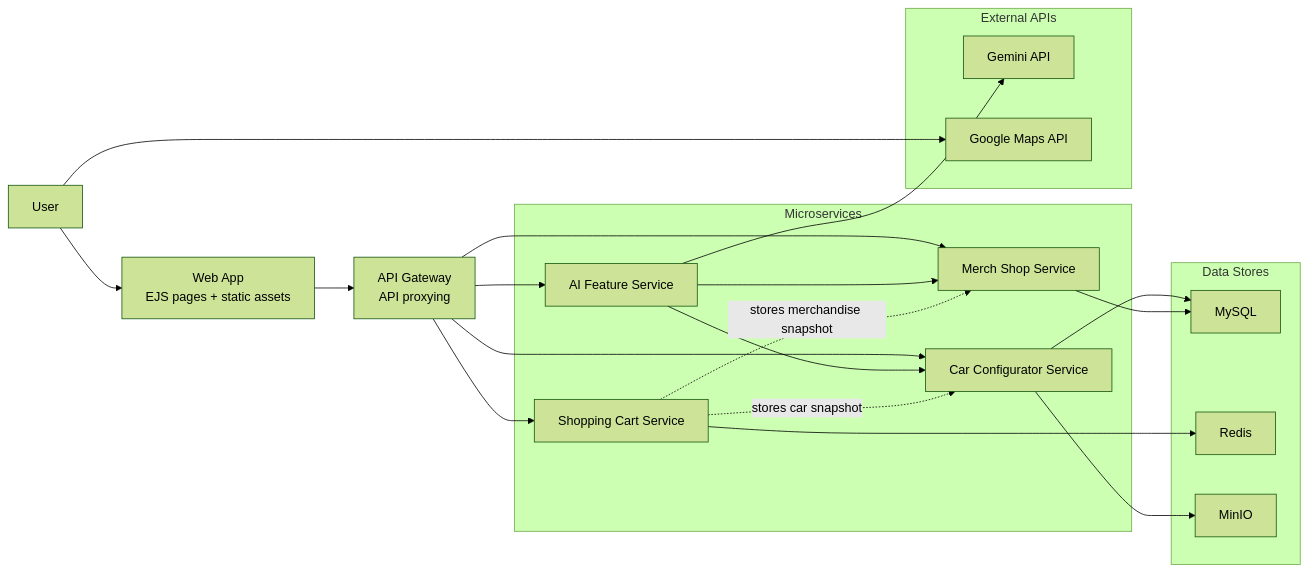
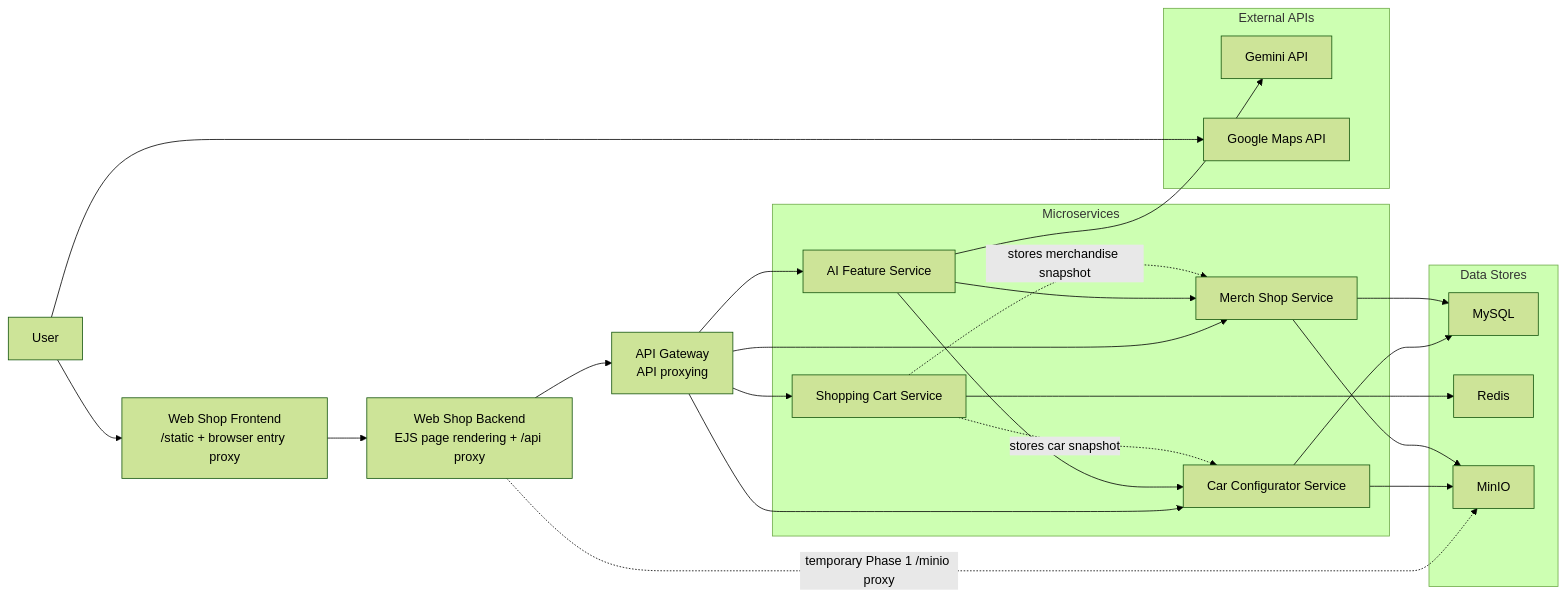
One commit to CloudBasedWebApplication/bmw changed the diagram in docs/architecture.md. Above: the diagram before and after it, drawn with Mermaid (forest theme). The commit also changed other lines of this file and 22 other files, not shown here.

First line of the commit message:
feat(web-shop): split presentation tier

````diff
--- a/docs/architecture.md
+++ b/docs/architecture.md
@@ -13,48 +13,52 @@
 ```mermaid
 flowchart LR
     user["User"]
-    webapp["Web App\nEJS pages + static assets"]
+    frontend["Web Shop Frontend\n/static + browser entry proxy"]
+    backendPresentation["Web Shop Backend\nEJS page rendering + /api proxy"]
     gateway["API Gateway\nAPI proxying"]
 
     subgraph backend["Microservices"]
         configurator["Car Configurator Service"]
         merchandise["Merch Shop Service"]
         ai["AI Feature Service"]
         cart["Shopping Cart Service"]
     end
 
     subgraph data["Data Stores"]
         mysql["MySQL"]
         redis["Redis"]
         minio["MinIO"]
     end
 
     subgraph external["External APIs"]
         gemini["Gemini API"]
         googlemaps["Google Maps API"]
     end
 
-    user --> webapp
-    webapp --> gateway
+    user --> frontend
+    frontend --> backendPresentation
+    backendPresentation --> gateway
+    backendPresentation -. "temporary Phase 1 /minio proxy" .-> minio
 
     gateway --> configurator
     gateway --> merchandise
     gateway --> ai
     gateway --> cart
 
     user --> googlemaps
 
     configurator --> mysql
     configurator --> minio
 
     merchandise --> mysql
+    merchandise --> minio
 
     ai --> gemini
     ai --> configurator
     ai --> merchandise
 
     cart --> redis
 
     cart -. "stores car snapshot" .-> configurator
     cart -. "stores merchandise snapshot" .-> merchandise
 ```
````
